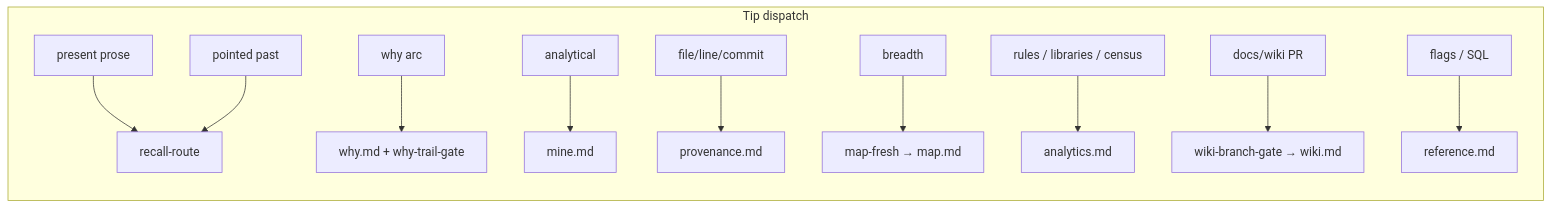
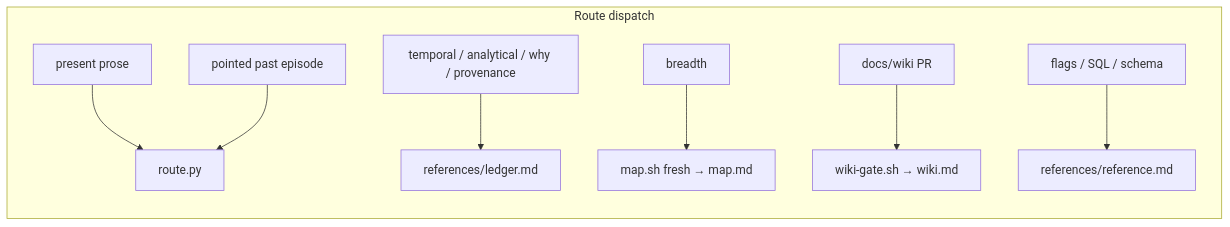
The fourth of 4 diagrams in docs/design/skill-router.md (rekal-dev/rekal-cli), drawn with Mermaid before and after one commit. The commit also changed other lines of this file and 25 other files, not shown here.

````diff
--- a/docs/design/skill-router.md
+++ b/docs/design/skill-router.md
@@ -80,14 +90,11 @@
 ```mermaid
 flowchart LR
-  subgraph tip_dispatch ["Tip dispatch"]
-    A["present prose"] --> R["recall-route"]
-    B["pointed past"] --> R
-    C["why arc"] --> W["why.md + why-trail-gate"]
-    D["analytical"] --> M["mine.md"]
-    E["file/line/commit"] --> P["provenance.md"]
-    F["breadth"] --> MF["map-fresh → map.md"]
-    G["rules / libraries / census"] --> AN["analytics.md"]
-    H["docs/wiki PR"] --> WG["wiki-branch-gate → wiki.md"]
-    I["flags / SQL"] --> RF["reference.md"]
+  subgraph tip_dispatch ["Route dispatch"]
+    A["present prose"] --> R["route.py"]
+    B["pointed past episode"] --> R
+    C["temporal / analytical / why / provenance"] --> L["references/ledger.md"]
+    F["breadth"] --> MF["map.sh fresh → map.md"]
+    H["docs/wiki PR"] --> WG["wiki-gate.sh → wiki.md"]
+    I["flags / SQL / schema"] --> RF["references/reference.md"]
   end
 ```
````
